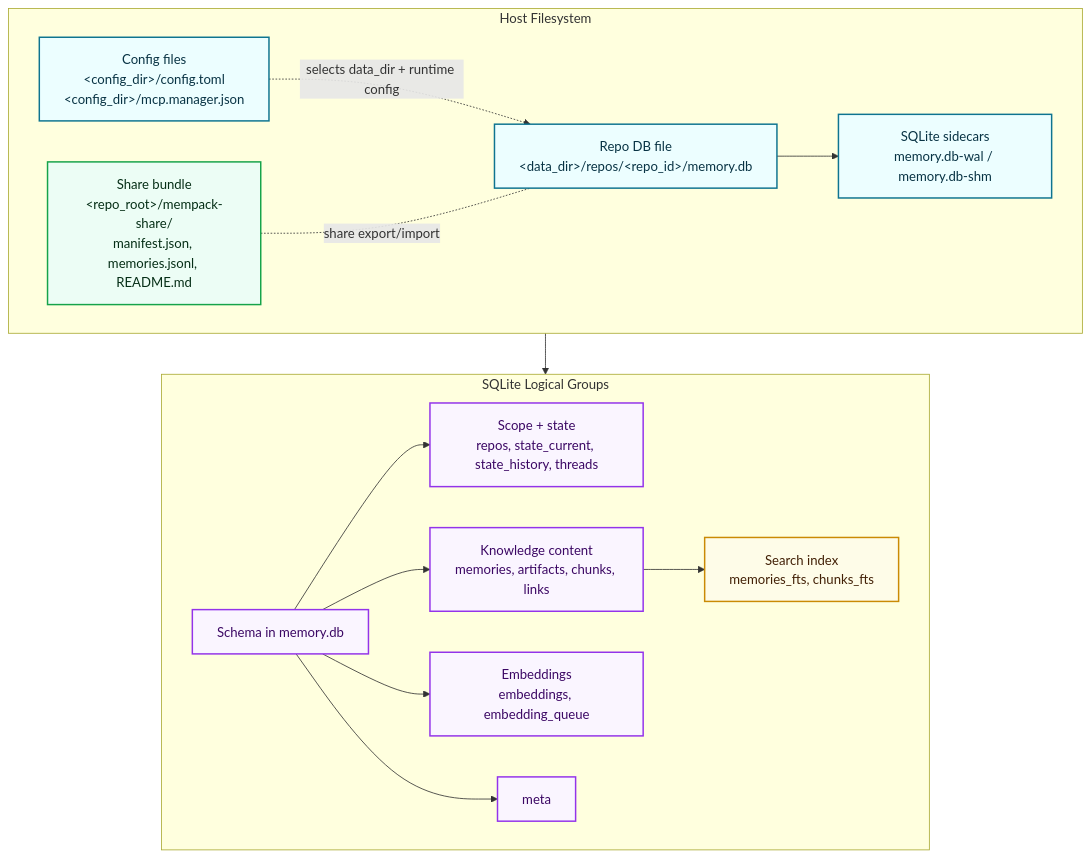
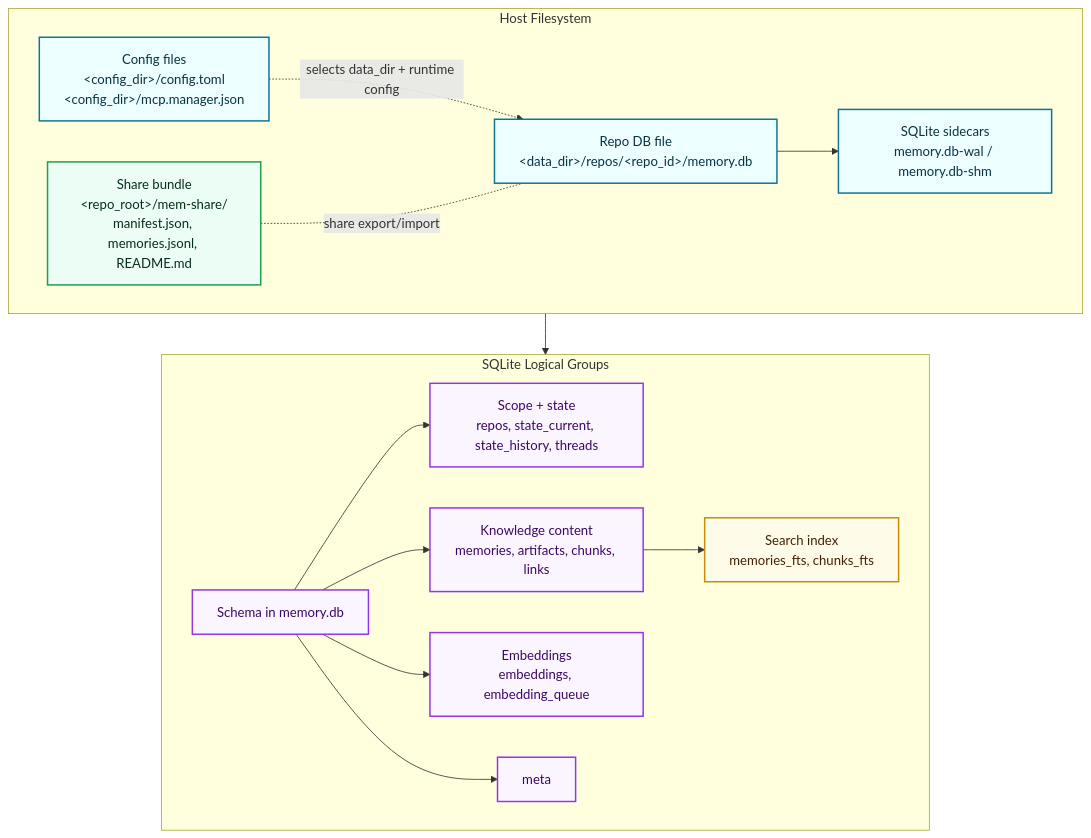
One commit to suju297/mem changed the diagram in docs/diagrams/src/l3-storage-birds-eye.mmd. Above: the diagram before and after it, drawn with Mermaid. The commit also changed 50 other files, not shown here.

Commit message:
rename user-facing mempack surfaces to mem with compat aliases

```diff
--- a/docs/diagrams/src/l3-storage-birds-eye.mmd
+++ b/docs/diagrams/src/l3-storage-birds-eye.mmd
@@ -1,33 +1,33 @@
 flowchart TB
   classDef fs fill:#ECFEFF,stroke:#0E7490,stroke-width:1.8px,color:#083344
   classDef db fill:#FAF5FF,stroke:#9333EA,stroke-width:1.8px,color:#3B0764
   classDef fts fill:#FEFCE8,stroke:#CA8A04,stroke-width:1.8px,color:#422006
   classDef xfer fill:#ECFDF5,stroke:#16A34A,stroke-width:1.8px,color:#052E16
 
   subgraph HOST["Host Filesystem"]
     direction LR
     CFG["Config files<br/>&lt;config_dir&gt;/config.toml<br/>&lt;config_dir&gt;/mcp.manager.json"]:::fs
     DATA["Repo DB file<br/>&lt;data_dir&gt;/repos/&lt;repo_id&gt;/memory.db"]:::fs
     WAL["SQLite sidecars<br/>memory.db-wal / memory.db-shm"]:::fs
-    SHARE["Share bundle<br/>&lt;repo_root&gt;/mempack-share/<br/>manifest.json, memories.jsonl, README.md"]:::xfer
+    SHARE["Share bundle<br/>&lt;repo_root&gt;/mem-share/<br/>manifest.json, memories.jsonl, README.md"]:::xfer
   end
 
   subgraph SQL["SQLite Logical Groups"]
     direction LR
     CORE["Schema in memory.db"]:::db
     SCOPE["Scope + state<br/>repos, state_current, state_history, threads"]:::db
     CONTENT["Knowledge content<br/>memories, artifacts, chunks, links"]:::db
     EMB["Embeddings<br/>embeddings, embedding_queue"]:::db
     META["meta"]:::db
     SEARCH["Search index<br/>memories_fts, chunks_fts"]:::fts
   end
 
   CFG -. "selects data_dir + runtime config" .-> DATA
   DATA --> CORE
   CORE --> SCOPE
   CORE --> CONTENT
   CORE --> EMB
   CORE --> META
   DATA --> WAL
   CONTENT --> SEARCH
   SHARE -. "share export/import" .- DATA
```
